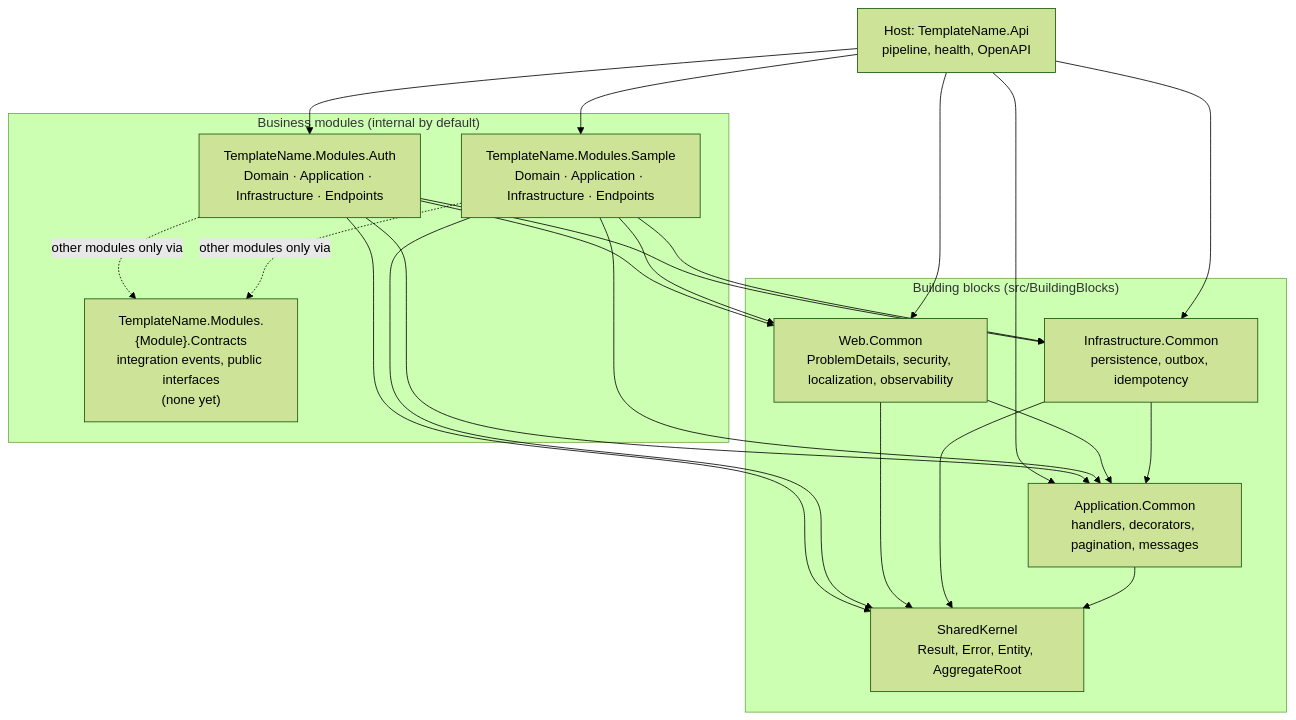
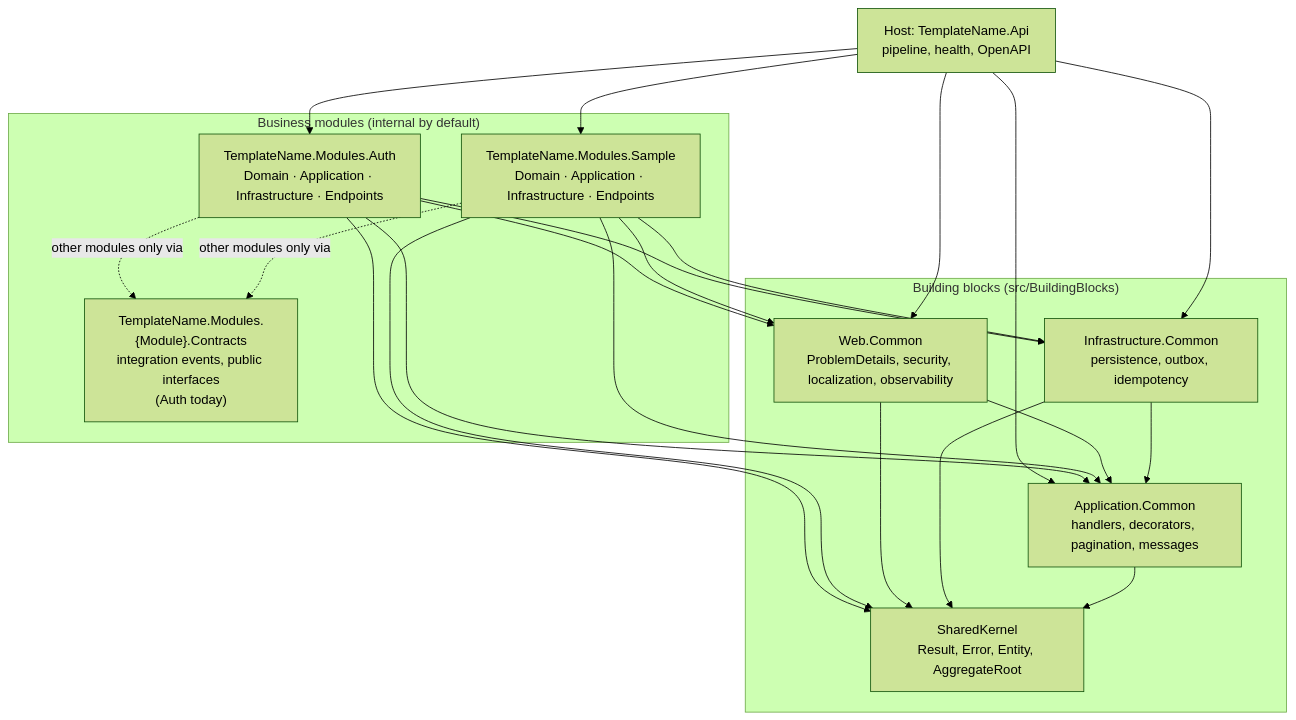
One commit to jackyjiale-oss/modulith-backend changed the first of 2 diagrams in docs/architecture/overview.md. Above: the diagram before and after it, drawn with Mermaid (forest theme). The commit also changed other lines of this file and 27 other files, not shown here.

Commit message:
feat(auth): add auth contracts with events and contact directory

````diff
--- a/docs/architecture/overview.md
+++ b/docs/architecture/overview.md
@@ -7,38 +7,38 @@
 ```mermaid
 flowchart TD
     Api["Host: TemplateName.Api<br/>pipeline, health, OpenAPI"]
 
     subgraph Modules["Business modules (internal by default)"]
         Auth["TemplateName.Modules.Auth<br/>Domain · Application · Infrastructure · Endpoints"]
         Sample["TemplateName.Modules.Sample<br/>Domain · Application · Infrastructure · Endpoints"]
-        Contracts["TemplateName.Modules.{Module}.Contracts<br/>integration events, public interfaces<br/>(none yet)"]
+        Contracts["TemplateName.Modules.{Module}.Contracts<br/>integration events, public interfaces<br/>(Auth today)"]
     end
 
     subgraph BuildingBlocks["Building blocks (src/BuildingBlocks)"]
         Web["Web.Common<br/>ProblemDetails, security, localization, observability"]
         Infra["Infrastructure.Common<br/>persistence, outbox, idempotency"]
         App["Application.Common<br/>handlers, decorators, pagination, messages"]
         Kernel["SharedKernel<br/>Result, Error, Entity, AggregateRoot"]
     end
 
     Api --> Auth
     Api --> Sample
     Api --> Web
     Api --> Infra
     Api --> App
     Auth -. "other modules only via" .-> Contracts
     Sample -. "other modules only via" .-> Contracts
     Auth --> Web
     Auth --> Infra
     Auth --> App
     Auth --> Kernel
     Sample --> Web
     Sample --> Infra
     Sample --> App
     Sample --> Kernel
     Web --> App
     Infra --> App
     Web --> Kernel
     Infra --> Kernel
     App --> Kernel
 ```
````
